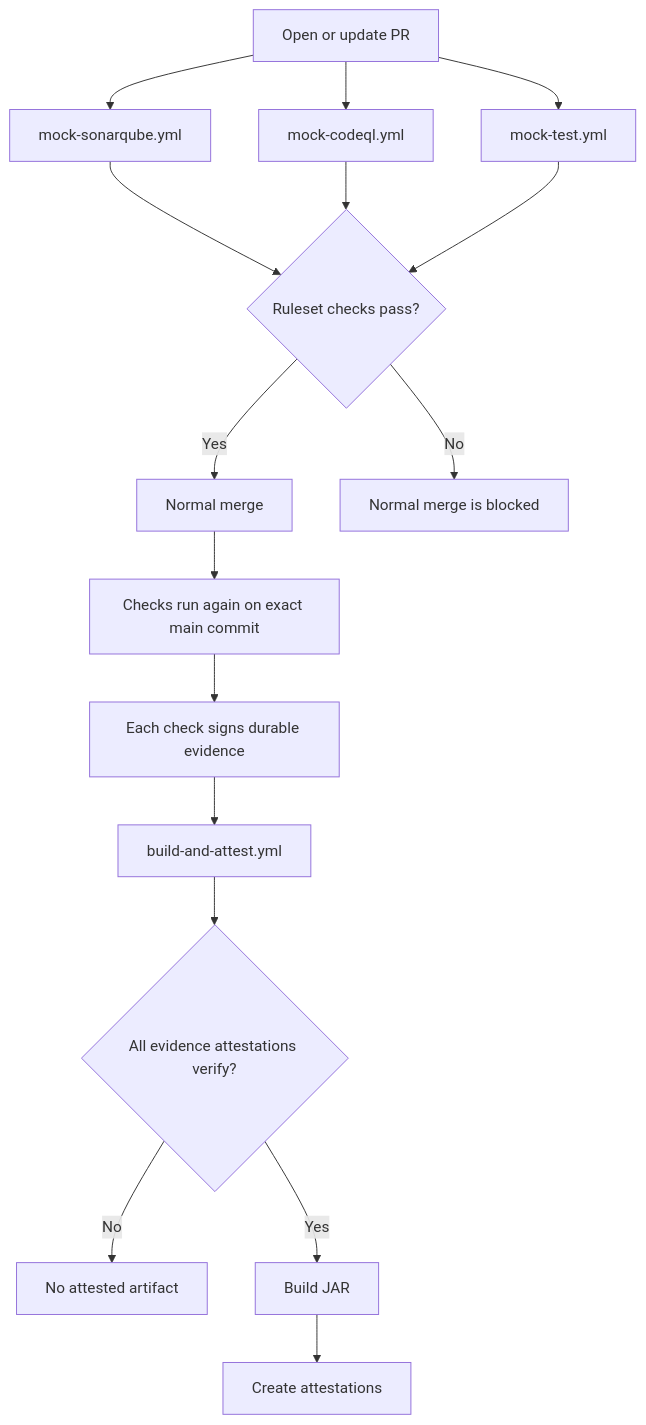
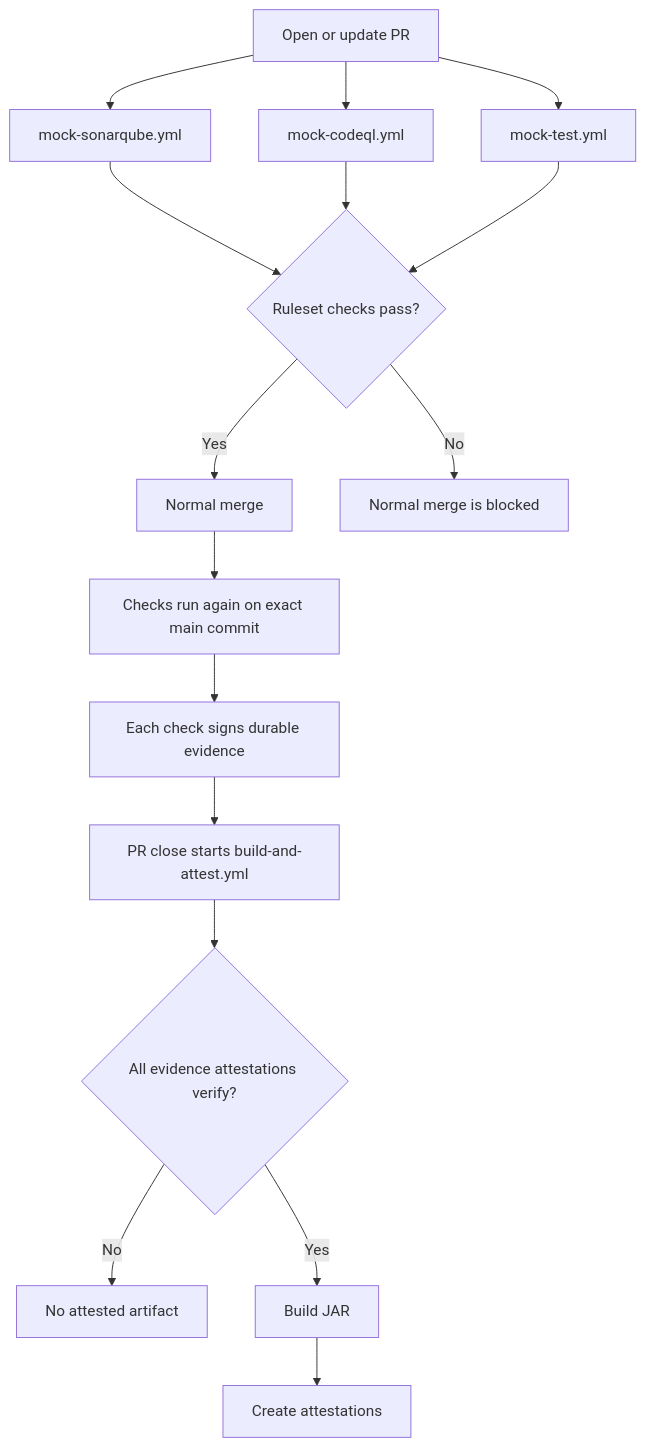
Before and after one commit to jefeish/attestation-governance: the first of 2 diagrams in README.md, drawn with Mermaid. The commit also changed other lines of this file and 1 other file, not shown here.

Commit message:
Trigger attestation after PR merge

Copilot-Session: ecd1563b-1de4-45da-8e2d-e8f1cecf859b

````diff
--- a/README.md
+++ b/README.md
@@ -71,18 +71,18 @@
 ```mermaid
 flowchart TD
     A[Open or update PR] --> B[mock-sonarqube.yml]
     A --> C[mock-codeql.yml]
     A --> D[mock-test.yml]
     B --> E{Ruleset checks pass?}
     C --> E
     D --> E
     E -->|Yes| F[Normal merge]
     E -->|No| G[Normal merge is blocked]
     F --> H[Checks run again on exact main commit]
     H --> I[Each check signs durable evidence]
-    I --> J[build-and-attest.yml]
+    I --> J[PR close starts build-and-attest.yml]
     J --> K{All evidence attestations verify?}
     K -->|No| L[No attested artifact]
     K -->|Yes| M[Build JAR]
     M --> N[Create attestations]
 ```
````
